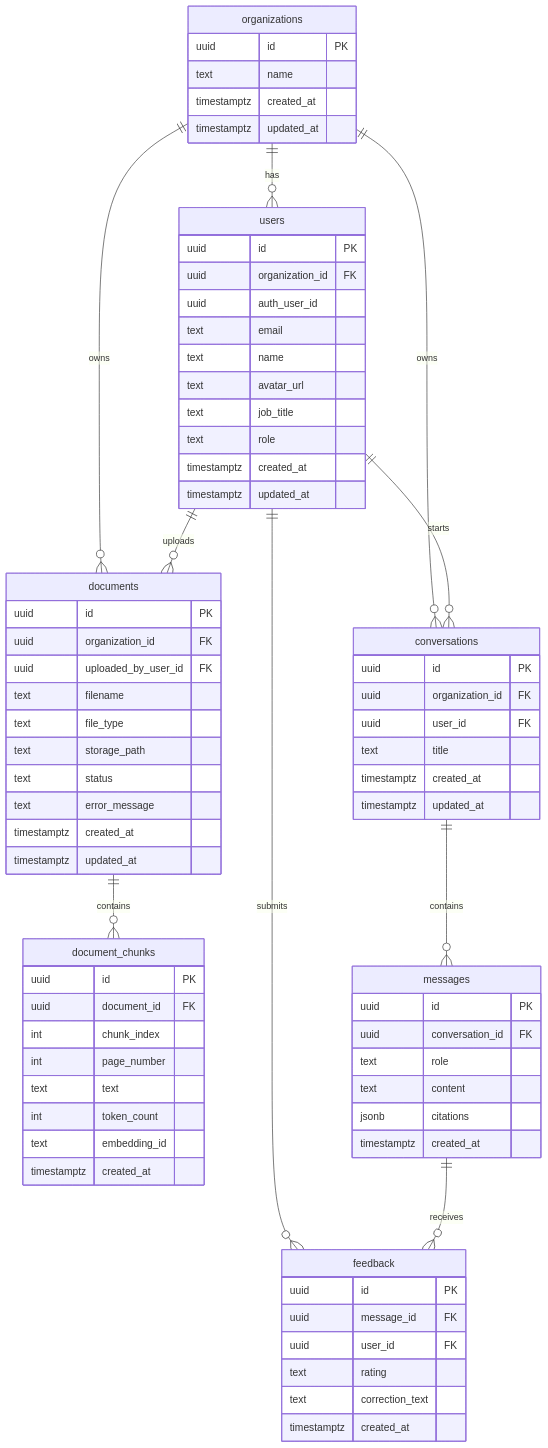
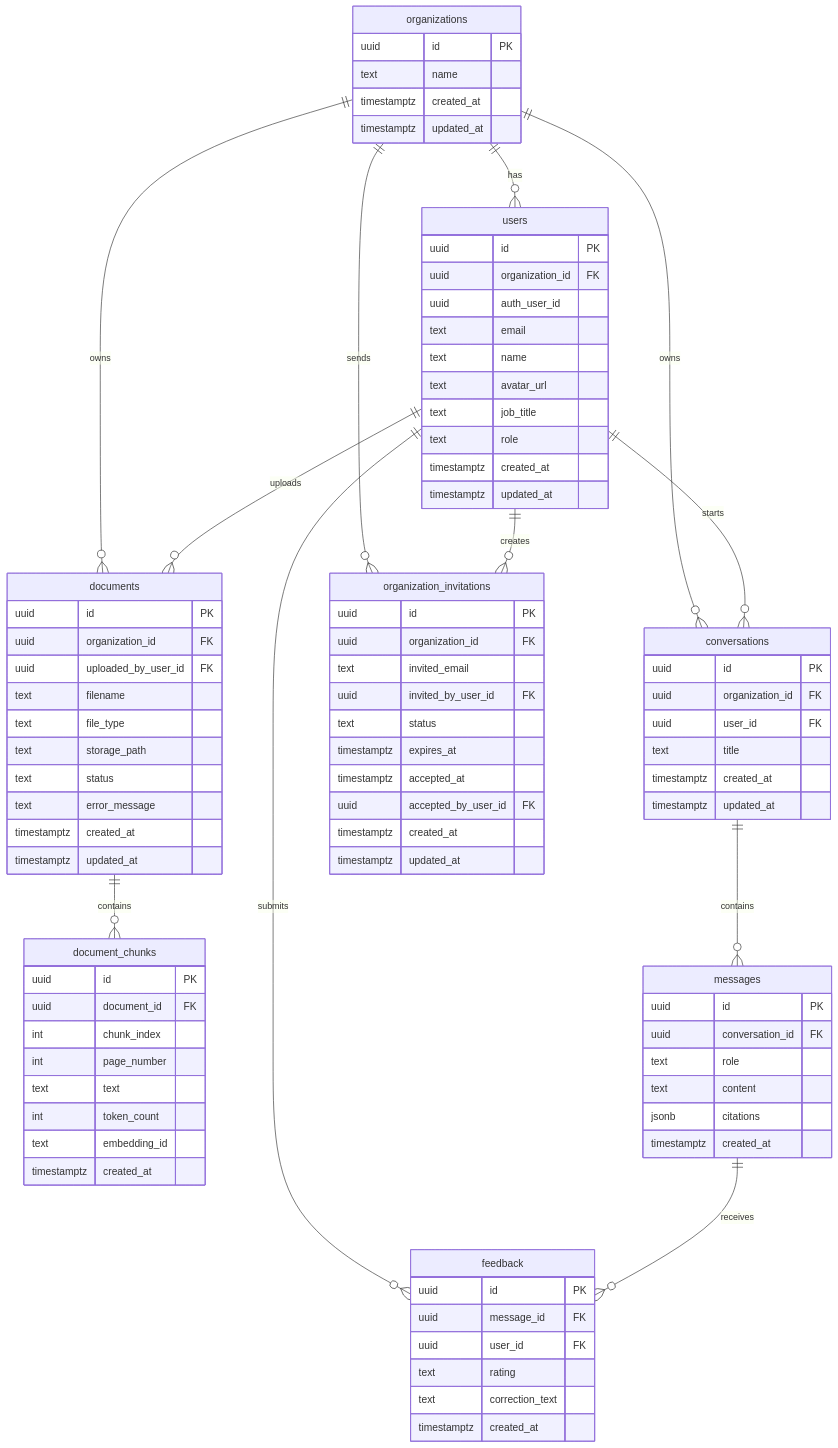
The diagram in docs/DATABASE_SCHEMA.md (workagrimag186-max/Averion.ai), drawn with Mermaid before and after one commit. The commit also changed other lines of this file and 11 other files, not shown here.

Commit message:
Add organization invitations and member removal

````diff
--- a/docs/DATABASE_SCHEMA.md
+++ b/docs/DATABASE_SCHEMA.md
@@ -27,9 +27,11 @@
     organizations ||--o{ users : has
     organizations ||--o{ documents : owns
     organizations ||--o{ conversations : owns
+    organizations ||--o{ organization_invitations : sends
     users ||--o{ documents : uploads
     users ||--o{ conversations : starts
     users ||--o{ feedback : submits
+    users ||--o{ organization_invitations : creates
     documents ||--o{ document_chunks : contains
     conversations ||--o{ messages : contains
     messages ||--o{ feedback : receives
@@ -104,4 +106,17 @@
       text correction_text
       timestamptz created_at
     }
+
+    organization_invitations {
+      uuid id PK
+      uuid organization_id FK
+      text invited_email
+      uuid invited_by_user_id FK
+      text status
+      timestamptz expires_at
+      timestamptz accepted_at
+      uuid accepted_by_user_id FK
+      timestamptz created_at
+      timestamptz updated_at
+    }
 ```
````
